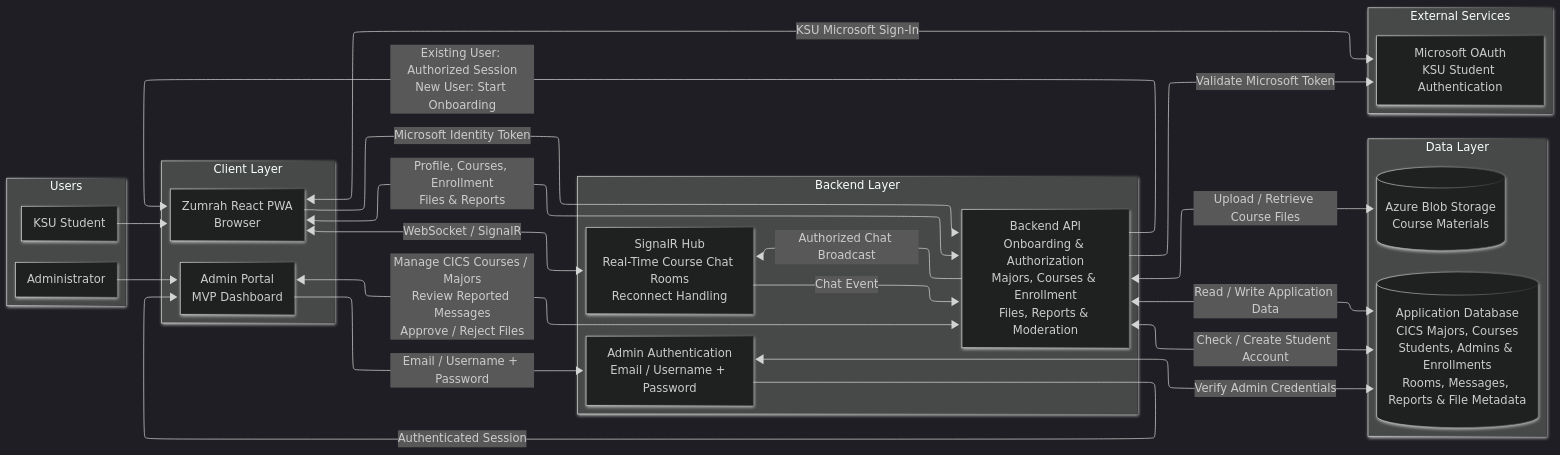
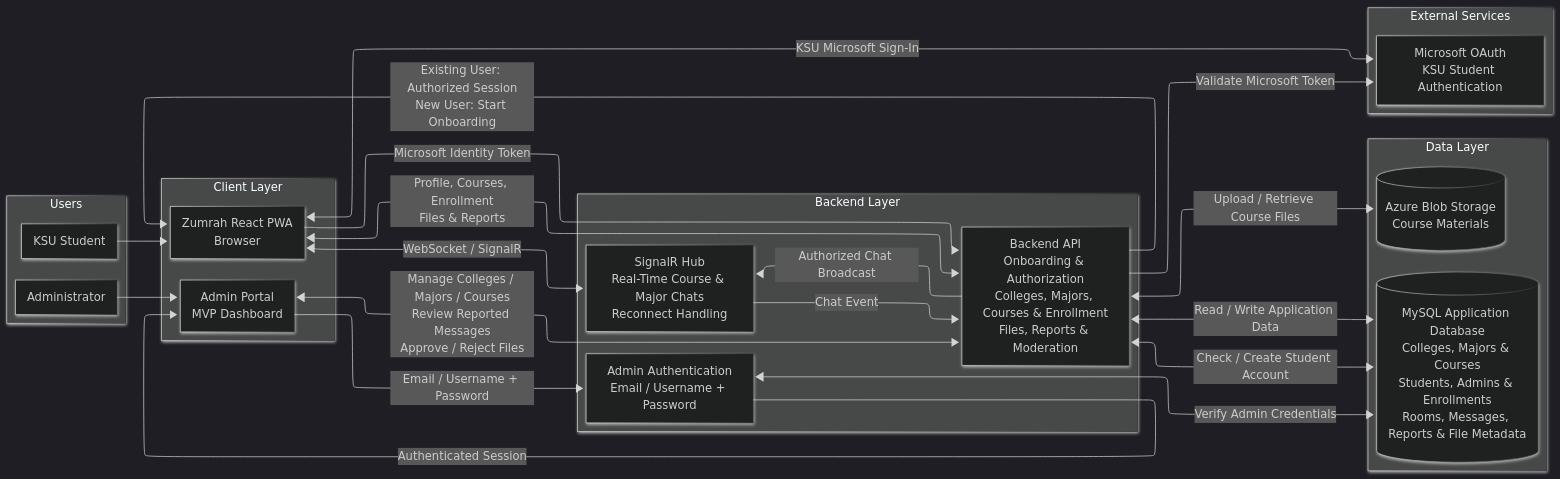
The diagram in System_Architecture.md (brdga4/Zumrah), drawn with Mermaid before and after one commit. The commit also changed 1 other file, not shown here.

Commit message:
Edit System Architecture

````diff
--- a/System_Architecture.md
+++ b/System_Architecture.md
@@ -8,49 +8,61 @@
 ```mermaid
 ---
 config:
   theme: dark
   look: neo
   fontFamily: '''Recursive Variable'', sans-serif'
   themeVariables:
     fontFamily: '''Recursive Variable'', sans-serif'
   layout: elk
 ---
 flowchart LR
- subgraph Users["Users"]
-        Student["KSU Student"]
-        Admin["Administrator"]
+
+  subgraph Users["Users"]
+       Student["KSU Student"]
+       Admin["Administrator"]
   end
- subgraph Clients["Client Layer"]
-        PWA["Zumrah React PWA<br>Browser"]
-        AdminPortal["Admin Portal<br>MVP Dashboard"]
+
+  subgraph Clients["Client Layer"]
+       PWA["Zumrah React PWA<br>Browser"]
+       AdminPortal["Admin Portal<br>MVP Dashboard"]
   end
- subgraph Backend["Backend Layer"]
-        API["Backend API<br>Onboarding &amp; Authorization<br>Majors, Courses &amp; Enrollment<br>Files, Reports &amp; Moderation"]
-        SignalR["SignalR Hub<br>Real-Time Course Chat Rooms<br>Reconnect Handling"]
-        AdminAuth["Admin Authentication<br>Email / Username + Password"]
+
+  subgraph Backend["Backend Layer"]
+       API["Backend API<br>Onboarding & Authorization<br>Colleges, Majors, Courses & Enrollment<br>Files, Reports & Moderation"]
+       SignalR["SignalR Hub<br>Real-Time Course & Major Chats<br>Reconnect Handling"]
+       AdminAuth["Admin Authentication<br>Email / Username + Password"]
   end
- subgraph Data["Data Layer"]
-        Database[("Application Database<br>CICS Majors, Courses<br>Students, Admins &amp; Enrollments<br>Rooms, Messages, Reports &amp; File Metadata")]
-        BlobStorage[("Azure Blob Storage<br>Course Materials")]
+
+  subgraph Data["Data Layer"]
+       Database[("MySQL Application Database<br>Colleges, Majors & Courses<br>Students, Admins & Enrollments<br>Rooms, Messages, Reports & File Metadata")]
+       BlobStorage[("Azure Blob Storage<br>Course Materials")]
   end
- subgraph External["External Services"]
-        Microsoft["Microsoft OAuth<br>KSU Student Authentication"]
+
+  subgraph External["External Services"]
+       Microsoft["Microsoft OAuth<br>KSU Student Authentication"]
   end
-    Student --> PWA
-    Admin --> AdminPortal
-    PWA <-- "KSU Microsoft Sign-In" --> Microsoft
-    PWA -- Microsoft Identity Token --> API
-    API -- Validate Microsoft Token --> Microsoft
-    API <-- Check / Create Student Account --> Database
-    API -- Existing User: Authorized Session<br>New User: Start Onboarding --> PWA
-    AdminPortal -- Email / Username + Password --> AdminAuth
-    AdminAuth <-- Verify Admin Credentials --> Database
-    AdminAuth -- Authenticated Session --> AdminPortal
-    PWA <-- Profile, Courses, Enrollment<br>Files &amp; Reports --> API
-    AdminPortal <-- Manage CICS Courses / Majors<br>Review Reported Messages<br>Approve / Reject Files --> API
-    PWA <-- WebSocket / SignalR --> SignalR
-    SignalR -- Chat Event --> API
-    API -- Authorized Chat Broadcast --> SignalR
-    API <-- Read / Write Application Data --> Database
-    API <-- Upload / Retrieve Course Files --> BlobStorage
+
+  Student --> PWA
+  Admin --> AdminPortal
+
+  PWA <-- "KSU Microsoft Sign-In" --> Microsoft
+  PWA -- "Microsoft Identity Token" --> API
+  API -- "Validate Microsoft Token" --> Microsoft
+  API <-- "Check / Create Student Account" --> Database
+  API -- "Existing User: Authorized Session<br>New User: Start Onboarding" --> PWA
+
+  AdminPortal -- "Email / Username + Password" --> AdminAuth
+  AdminAuth <-- "Verify Admin Credentials" --> Database
+  AdminAuth -- "Authenticated Session" --> AdminPortal
+
+  PWA <-- "Profile, Courses, Enrollment<br>Files & Reports" --> API
+
+  AdminPortal <-- "Manage Colleges / Majors / Courses<br>Review Reported Messages<br>Approve / Reject Files" --> API
+
+  PWA <-- "WebSocket / SignalR" --> SignalR
+  SignalR -- "Chat Event" --> API
+  API -- "Authorized Chat Broadcast" --> SignalR
+
+  API <-- "Read / Write Application Data" --> Database
+  API <-- "Upload / Retrieve Course Files" --> BlobStorage
 ```
````
